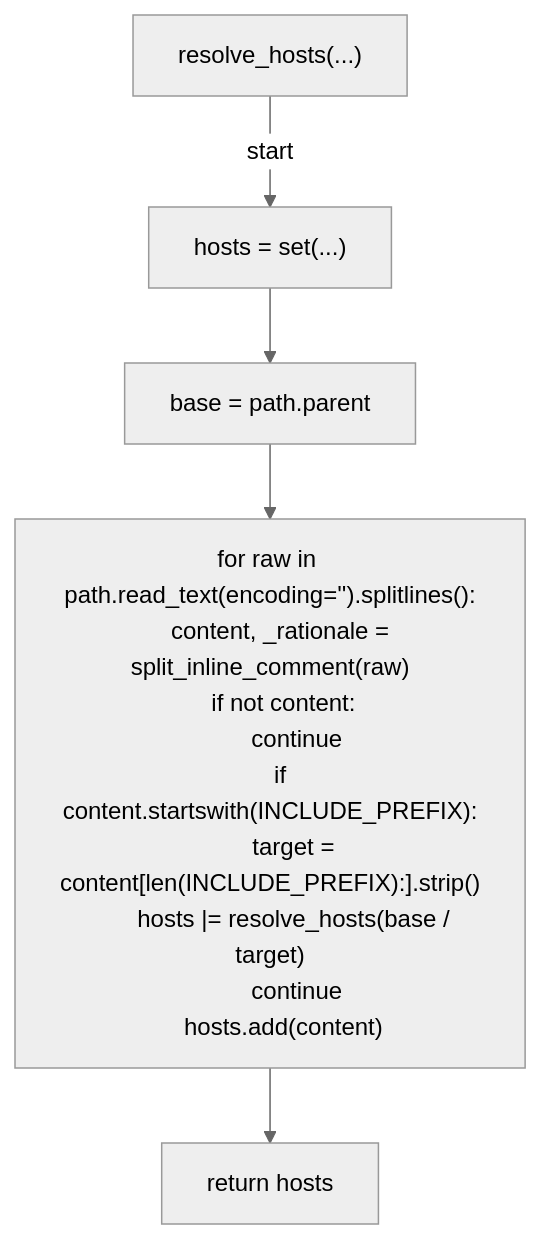
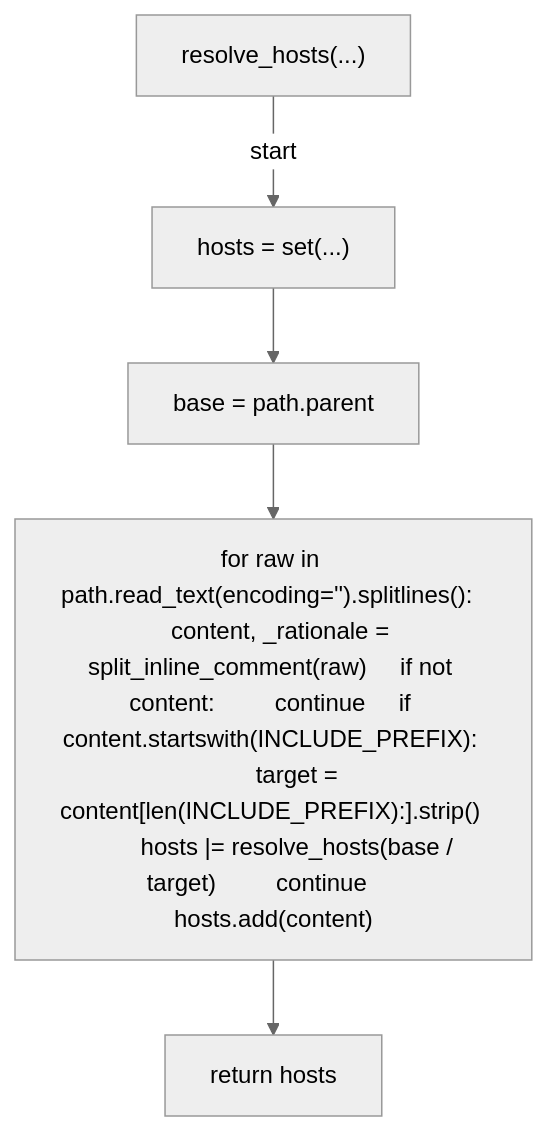
Before and after one commit to tvna/claude-md: the second of 2 diagrams in docs/generated/scripts/ast/_allowlist.md, drawn with Mermaid (neutral theme). The commit also changed 20 other files, not shown here.

First line of the commit message:
docs(generated): regenerate decision tree and workflow diagrams (batch 1/5)

````diff
--- a/docs/generated/scripts/ast/_allowlist.md
+++ b/docs/generated/scripts/ast/_allowlist.md
@@ -22,20 +22,12 @@
 ```mermaid
 flowchart TD
     N001["resolve_hosts(...)"]
     N002["hosts = set(...)"]
     N003["base = path.parent"]
-    N004["for raw in path.read_text(encoding='<str>').splitlines():
-    content, _rationale = split_inline_comment(raw)
-    if not content:
-        continue
-    if content.startswith(INCLUDE_PREFIX):
-        target = content[len(INCLUDE_PREFIX):].strip()
-        hosts |= resolve_hosts(base / target)
-        continue
-    hosts.add(content)"]
+    N004["for raw in path.read_text(encoding='<str>').splitlines():     content, _rationale = split_inline_comment(raw)     if not content:         continue     if content.startswith(INCLUDE_PREFIX):         target = content[len(INCLUDE_PREFIX):].strip()         hosts |= resolve_hosts(base / target)         continue     hosts.add(content)"]
     N005["return hosts"]
     N001 -->|"start"| N002
     N002 --> N003
     N003 --> N004
     N004 --> N005
 ```
````
